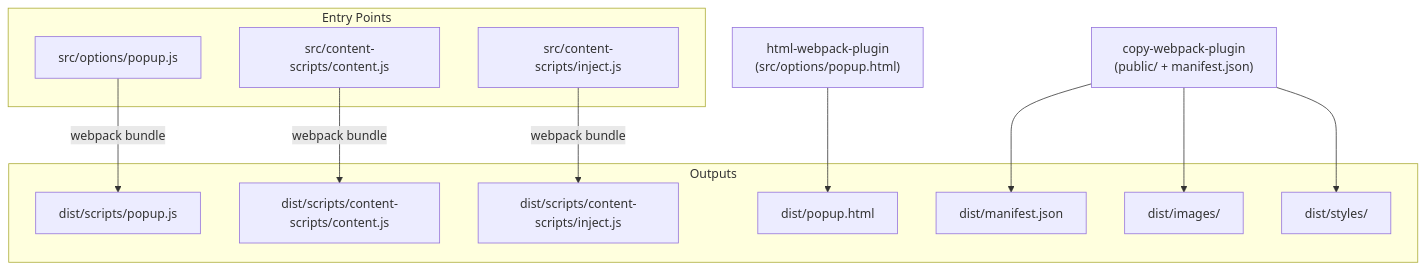
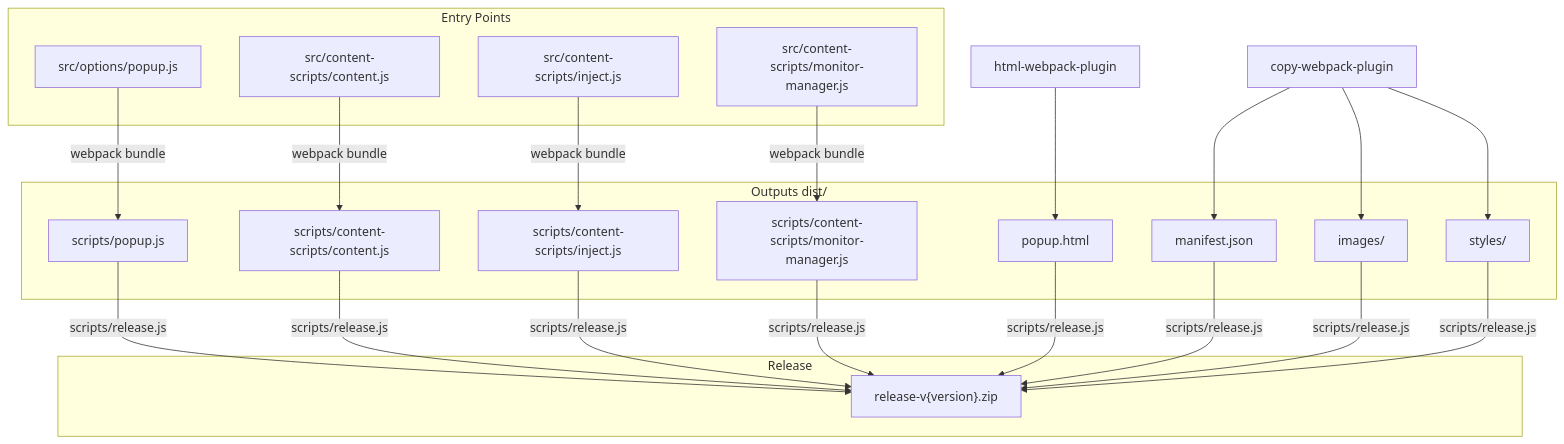
One commit to rafaelandrade74/fcabr-booster changed the diagram in documentation/DEPENDENCIES.md. Above: the diagram before and after it, drawn with Mermaid. The commit also changed other lines of this file and 7 other files, not shown here.

````diff
--- a/documentation/DEPENDENCIES.md
+++ b/documentation/DEPENDENCIES.md
@@ -50,26 +52,34 @@
 ```mermaid
 graph TD
     subgraph "Entry Points"
         E1["src/options/popup.js"]
         E2["src/content-scripts/content.js"]
         E3["src/content-scripts/inject.js"]
+        E4["src/content-scripts/monitor-manager.js"]
     end
 
-    subgraph "Outputs"
-        O1["dist/scripts/popup.js"]
-        O2["dist/scripts/content-scripts/content.js"]
-        O3["dist/scripts/content-scripts/inject.js"]
-        O4["dist/popup.html"]
-        O5["dist/manifest.json"]
-        O6["dist/images/"]
-        O7["dist/styles/"]
+    subgraph "Outputs dist/"
+        O1["scripts/popup.js"]
+        O2["scripts/content-scripts/content.js"]
+        O3["scripts/content-scripts/inject.js"]
+        O4["scripts/content-scripts/monitor-manager.js"]
+        O5["popup.html"]
+        O6["manifest.json"]
+        O7["images/"]
+        O8["styles/"]
+    end
+
+    subgraph "Release"
+        Z["release-v{version}.zip"]
     end
 
     E1 -->|webpack bundle| O1
     E2 -->|webpack bundle| O2
     E3 -->|webpack bundle| O3
-    HWP["html-webpack-plugin\n(src/options/popup.html)"] --> O4
-    CWP["copy-webpack-plugin\n(public/ + manifest.json)"] --> O5
-    CWP --> O6
+    E4 -->|webpack bundle| O4
+    HWP["html-webpack-plugin"] --> O5
+    CWP["copy-webpack-plugin"] --> O6
     CWP --> O7
+    CWP --> O8
+    O1 & O2 & O3 & O4 & O5 & O6 & O7 & O8 -->|scripts/release.js| Z
 ```
````
